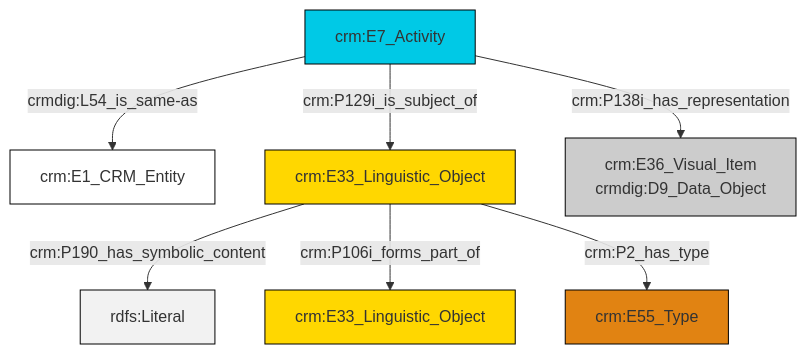
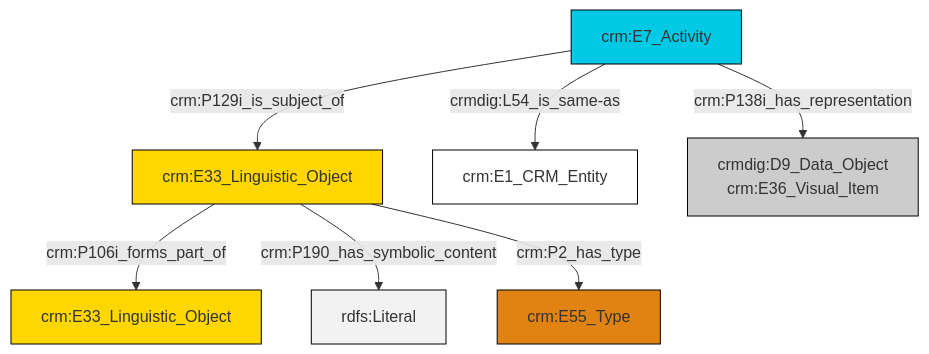
One commit to swiss-art-research-net/docs.swissartresearch changed the diagram in et/eventCSV/ttl/mmd/event_documentation.ttl.mmd. Above: the diagram before and after it, drawn with Mermaid. The commit also changed 178 other files, not shown here.

```diff
--- a/et/eventCSV/ttl/mmd/event_documentation.ttl.mmd
+++ b/et/eventCSV/ttl/mmd/event_documentation.ttl.mmd
@@ -1,21 +1,21 @@
 graph TD
 classDef Literal fill:#f2f2f2,stroke:#000000;
 classDef CRM_Entity fill:#FFFFFF,stroke:#000000;
 classDef Temporal_Entity fill:#00C9E6, stroke:#000000;
 classDef Type fill:#E18312, stroke:#000000;
 classDef Time-Span fill:#2C9C91, stroke:#000000;
 classDef Appellation fill:#FFEB7F, stroke:#000000;
 classDef Place fill:#008836, stroke:#000000;
 classDef Persistent_Item fill:#B266B2, stroke:#000000;
 classDef Conceptual_Object fill:#FFD700, stroke:#000000;
 classDef Physical_Thing fill:#D2B48C, stroke:#000000;
 classDef Actor fill:#f58aad, stroke:#000000;
 classDef PC_Classes fill:#4ce600, stroke:#000000;
 classDef Multi fill:#cccccc,stroke:#000000;
 
-0["crm:E7_Activity"]:::Temporal_Entity -->|crmdig:L54_is_same-as| 1["crm:E1_CRM_Entity"]:::CRM_Entity
-3["crm:E33_Linguistic_Object"]:::Conceptual_Object -->|crm:P190_has_symbolic_content| 4[rdfs:Literal]:::Literal
-0["crm:E7_Activity"]:::Temporal_Entity -->|crm:P129i_is_subject_of| 3["crm:E33_Linguistic_Object"]:::Conceptual_Object
-3["crm:E33_Linguistic_Object"]:::Conceptual_Object -->|crm:P106i_forms_part_of| 9["crm:E33_Linguistic_Object"]:::Conceptual_Object
-0["crm:E7_Activity"]:::Temporal_Entity -->|crm:P138i_has_representation| 7["crm:E36_Visual_Item<br>crmdig:D9_Data_Object"]:::Multi
-3["crm:E33_Linguistic_Object"]:::Conceptual_Object -->|crm:P2_has_type| 11["crm:E55_Type"]:::Type
+0["crm:E33_Linguistic_Object"]:::Conceptual_Object -->|crm:P106i_forms_part_of| 1["crm:E33_Linguistic_Object"]:::Conceptual_Object
+7["crm:E7_Activity"]:::Temporal_Entity -->|crm:P138i_has_representation| 8["crmdig:D9_Data_Object<br>crm:E36_Visual_Item"]:::Multi
+0["crm:E33_Linguistic_Object"]:::Conceptual_Object -->|crm:P190_has_symbolic_content| 10[rdfs:Literal]:::Literal
+7["crm:E7_Activity"]:::Temporal_Entity -->|crmdig:L54_is_same-as| 5["crm:E1_CRM_Entity"]:::CRM_Entity
+0["crm:E33_Linguistic_Object"]:::Conceptual_Object -->|crm:P2_has_type| 2["crm:E55_Type"]:::Type
+7["crm:E7_Activity"]:::Temporal_Entity -->|crm:P129i_is_subject_of| 0["crm:E33_Linguistic_Object"]:::Conceptual_Object
```
